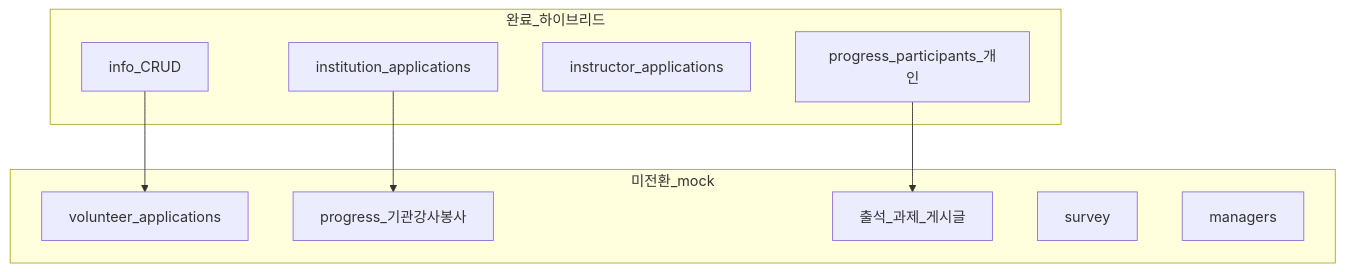
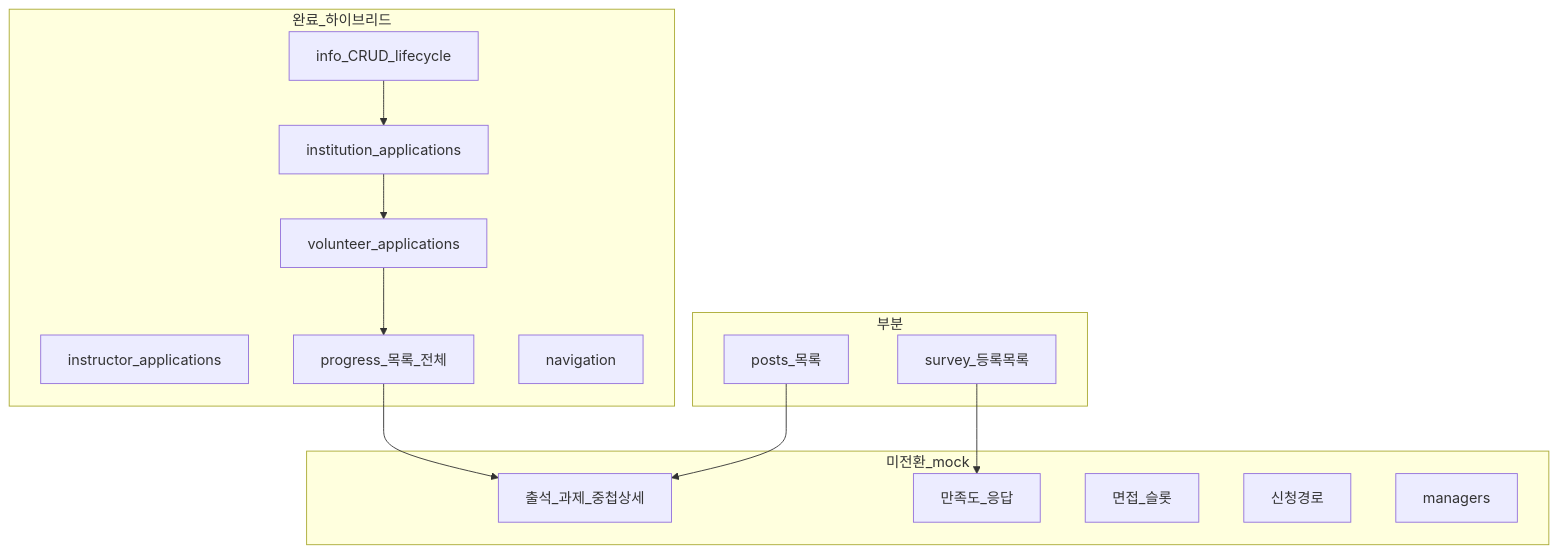
Before and after one commit to tintolab-development/jakorea: the first of 2 diagrams in apps/cms/docs/api/programs-detail-api-conversion-status.md, drawn with Mermaid. The commit also changed other lines of this file and 7 other files, not shown here.

First line of the commit message:
docs(cms): 등록 플로우·상세 Phase API 핸드오프와 갭 현황을 정리

````diff
--- a/apps/cms/docs/api/programs-detail-api-conversion-status.md
+++ b/apps/cms/docs/api/programs-detail-api-conversion-status.md
@@ -68,19 +69,28 @@
 ```mermaid
 flowchart TB
   subgraph done [완료_하이브리드]
-    Info[info_CRUD]
+    Info[info_CRUD_lifecycle]
     InstApp[institution_applications]
     InstApp2[instructor_applications]
-    ProgInd[progress_participants_개인]
+    VolApp[volunteer_applications]
+    ProgList[progress_목록_전체]
+    Nav[navigation]
+  end
+  subgraph partial [부분]
+    Posts[posts_목록]
+    SurveyList[survey_등록목록]
   end
   subgraph todo [미전환_mock]
-    VolApp[volunteer_applications]
-    ProgOrg[progress_기관강사봉사]
-    ProgEtc[출석_과제_게시글]
-    Survey[survey]
+    ProgEtc[출석_과제_중첩상세]
+    SurveyResp[만족도_응답]
+    Slot[면접_슬롯]
+    Path[신청경로]
     Mgr[managers]
   end
-  Info --> VolApp
-  InstApp --> ProgOrg
-  ProgInd --> ProgEtc
+  Info --> InstApp
+  InstApp --> VolApp
+  VolApp --> ProgList
+  ProgList --> ProgEtc
+  Posts --> ProgEtc
+  SurveyList --> SurveyResp
 ```
````
